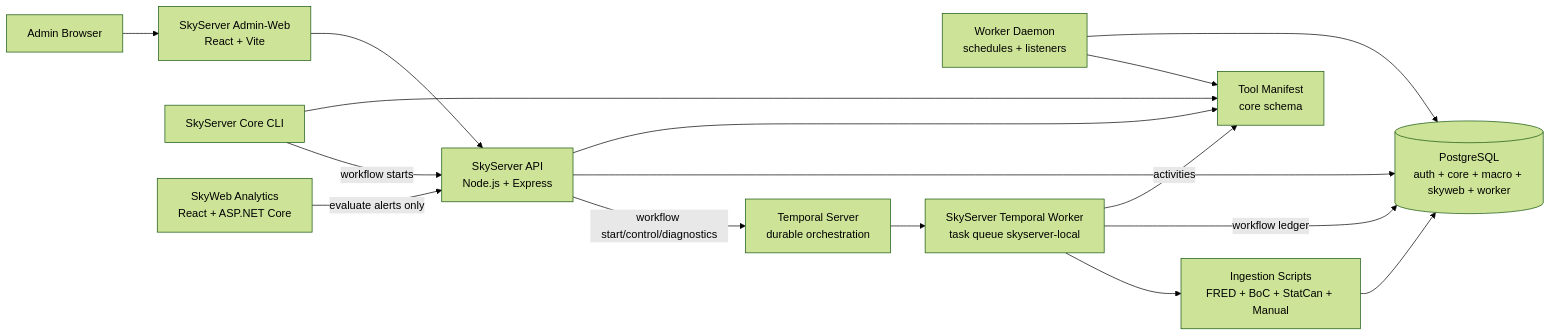
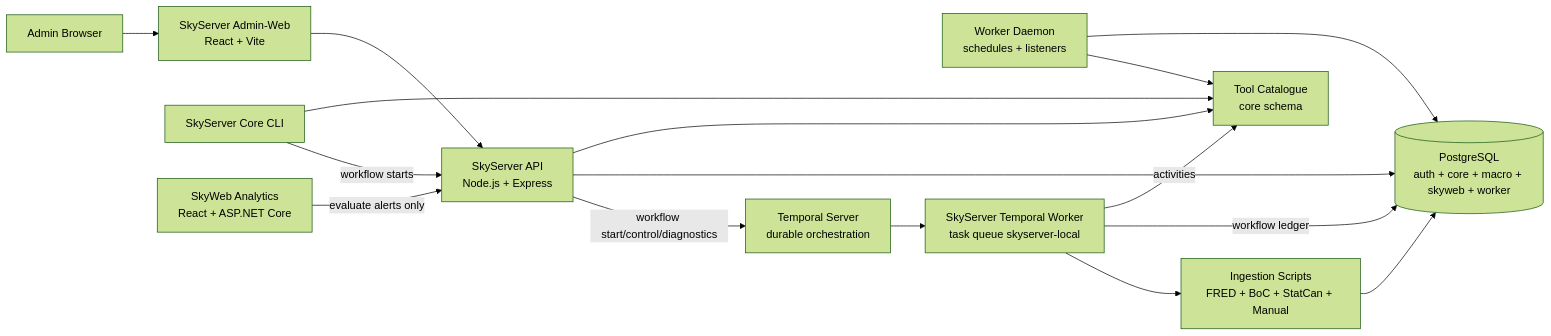
One commit to PStar1980/SkyCommand changed the diagram in README.md. Above: the diagram before and after it, drawn with Mermaid (forest theme). The commit also changed other lines of this file and 38 other files, not shown here.

Commit message:
Removing tool manifest hashes, accepted snapshots, contract-sample files, and execution gates

````diff
--- a/README.md
+++ b/README.md
@@ -127,18 +99,18 @@
 ```mermaid
 flowchart LR
     Admin[Admin Browser] --> AdminWeb["SkyServer Admin-Web<br/>React + Vite"]
     AdminWeb --> Api["SkyServer API<br/>Node.js + Express"]
-    Core[SkyServer Core CLI] --> Tools["Tool Manifest<br/>core schema"]
+    Core[SkyServer Core CLI] --> Tools["Tool Catalogue<br/>core schema"]
     Core -->|workflow starts| Api
     Api --> Tools
     Api --> Db[("PostgreSQL<br/>auth + core + macro + skyweb + worker")]
     Worker["Worker Daemon<br/>schedules + listeners"] --> Db
     Worker --> Tools
     Ingestion["Ingestion Scripts<br/>FRED + BoC + StatCan + Manual"] --> Db
     SkyWeb["SkyWeb Analytics<br/>React + ASP.NET Core"] -->|evaluate alerts only| Api
     Api -->|workflow start/control/diagnostics| Temporal["Temporal Server<br/>durable orchestration"]
     Temporal --> TemporalWorker["SkyServer Temporal Worker<br/>task queue skyserver-local"]
     TemporalWorker -->|activities| Tools
     TemporalWorker -->|workflow ledger| Db
     TemporalWorker --> Ingestion
 ```
````
